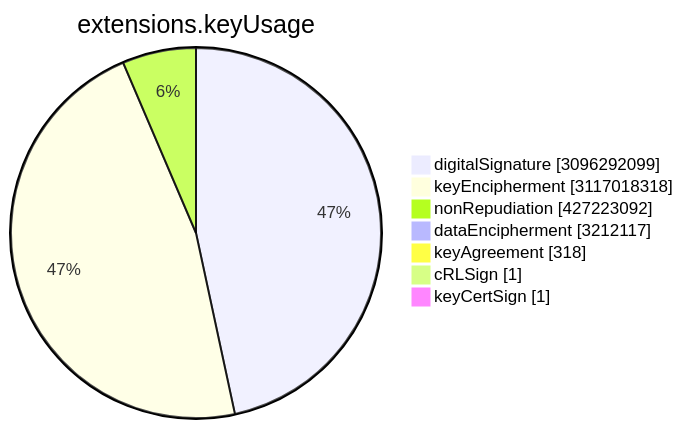
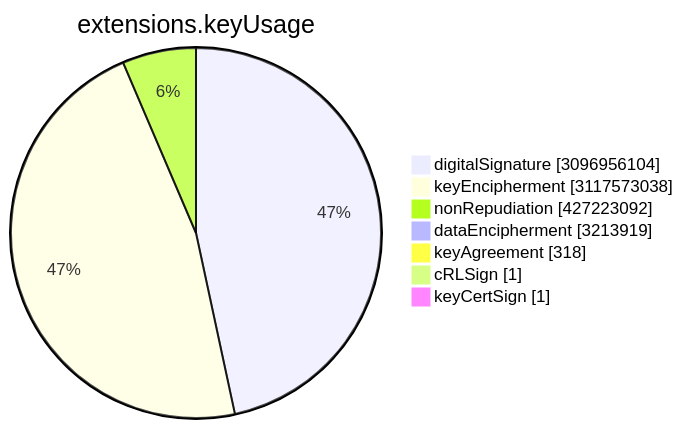
One commit to christiankrug/ctmonitor_visualization changed the sixth of 15 diagrams in TOTAL/README.md. Above: the diagram before and after it, drawn with Mermaid. The commit also changed other lines of this file, not shown here.

````diff
--- a/TOTAL/README.md
+++ b/TOTAL/README.md
@@ -3075,11 +3075,11 @@
 ```mermaid
 pie showData
 title extensions.keyUsage
-"digitalSignature" :3096292099
-"keyEncipherment" :3117018318
+"digitalSignature" :3096956104
+"keyEncipherment" :3117573038
 "nonRepudiation" :427223092
-"dataEncipherment" :3212117
+"dataEncipherment" :3213919
 "keyAgreement" :318
 "cRLSign" :1
 "keyCertSign" :1
 ```
````
